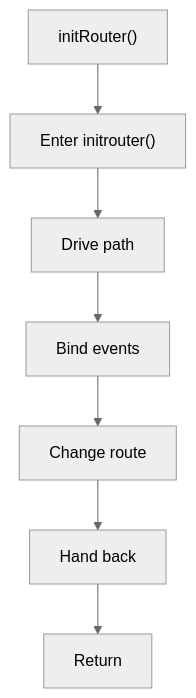
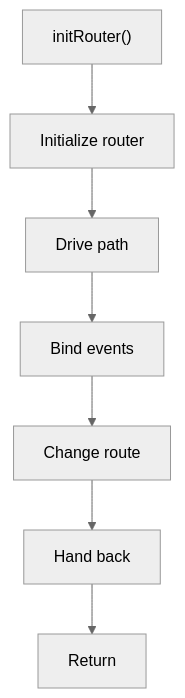
Before and after one commit to JohnAndrewBalbarosa/NeoTerritory: the fifth of 5 diagrams in docs/Codebase/Frontend/scripts/router.js.md, drawn with Mermaid (neutral theme). The commit also changed other lines of this file and 915 other files, not shown here.

````diff
--- a/docs/Codebase/Frontend/scripts/router.js.md
+++ b/docs/Codebase/Frontend/scripts/router.js.md
@@ -140,16 +139,16 @@
 ```mermaid
 flowchart TD
     Start["initRouter()"]
-    N0["Enter initrouter()"]
+    N0["Initialize router"]
     N1["Drive path"]
     N2["Bind events"]
     N3["Change route"]
     N4["Hand back"]
     End["Return"]
     Start --> N0
     N0 --> N1
     N1 --> N2
     N2 --> N3
     N3 --> N4
     N4 --> End
 ```
````
